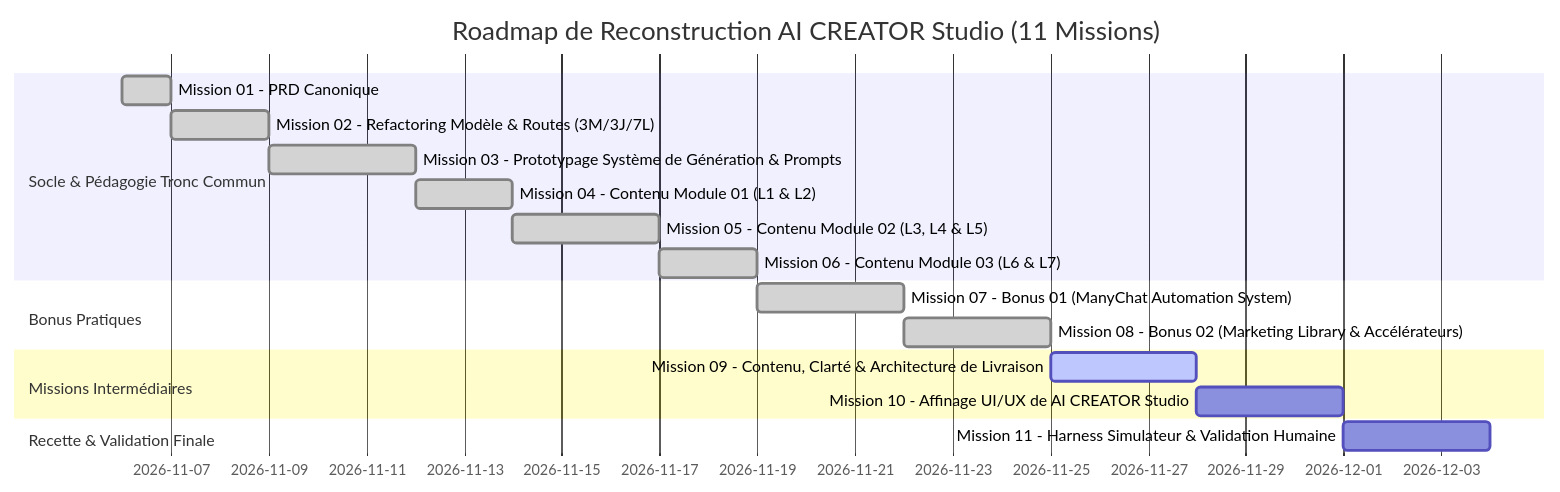
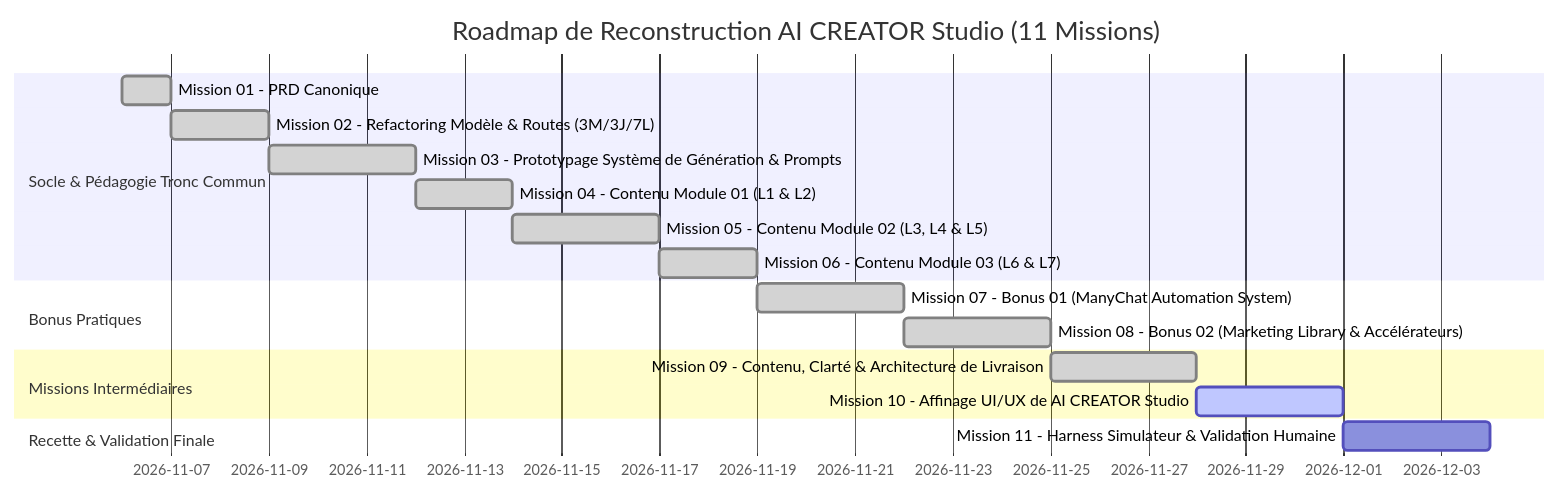
Diagram 11 of 11 in docs/COURSE_PRD.md (Kreesten-hsh/AI_CREATOR_STUDIO), drawn with Mermaid before and after one commit. The commit also changed other lines of this file and 29 other files, not shown here.

````diff
--- a/docs/COURSE_PRD.md
+++ b/docs/COURSE_PRD.md
@@ -1077,20 +1089,20 @@
 ```mermaid
 gantt
     title Roadmap de Reconstruction AI CREATOR Studio (11 Missions)
     dateFormat  YYYY-MM-DD
     section Socle & Pédagogie Tronc Commun
     Mission 01 - PRD Canonique :done, m1, 2026-11-06, 1d
     Mission 02 - Refactoring Modèle & Routes (3M/3J/7L) :done, m2, after m1, 2d
     Mission 03 - Prototypage Système de Génération & Prompts :done, m3, after m2, 3d
     Mission 04 - Contenu Module 01 (L1 & L2) :done, m4, after m3, 2d
     Mission 05 - Contenu Module 02 (L3, L4 & L5) :done, m5, after m4, 3d
     Mission 06 - Contenu Module 03 (L6 & L7) :done, m6, after m5, 2d
     section Bonus Pratiques
     Mission 07 - Bonus 01 (ManyChat Automation System) :done, m7, after m6, 3d
     Mission 08 - Bonus 02 (Marketing Library & Accélérateurs) :done, m8, after m7, 3d
     section Missions Intermédiaires
-    Mission 09 - Contenu, Clarté & Architecture de Livraison :active, m9, after m8, 3d
-    Mission 10 - Affinage UI/UX de AI CREATOR Studio :m10, after m9, 3d
+    Mission 09 - Contenu, Clarté & Architecture de Livraison :done, m9, after m8, 3d
+    Mission 10 - Affinage UI/UX de AI CREATOR Studio :active, m10, after m9, 3d
     section Recette & Validation Finale
     Mission 11 - Harness Simulateur & Validation Humaine :m11, after m10, 3d
 ```
````
